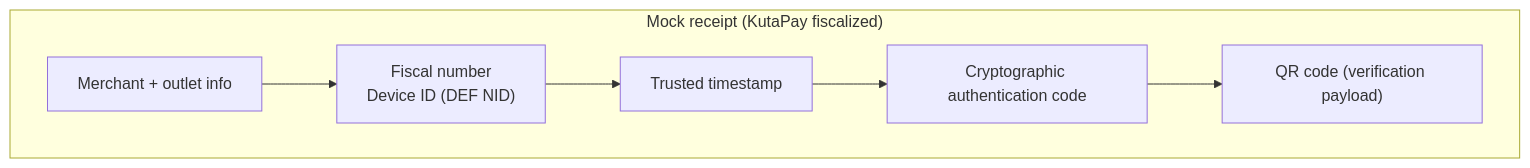
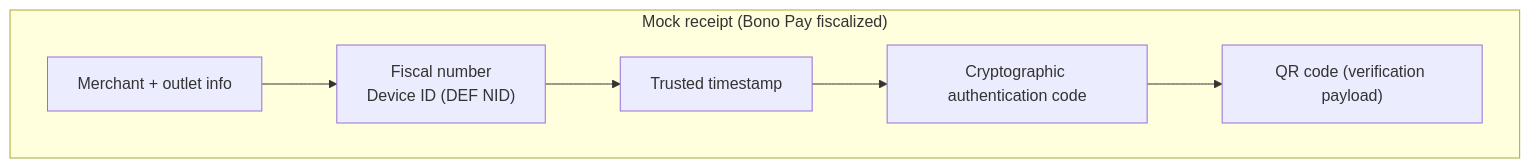
One commit to kupapay/docs changed the diagram in design/docs/fiscal/security-elements.md. Above: the diagram before and after it, drawn with Mermaid. The commit also changed other lines of this file and 21 other files, not shown here.

Commit message:
docs: rename product from KutaPay to Bono Pay across all docs and diagrams

````diff
--- a/design/docs/fiscal/security-elements.md
+++ b/design/docs/fiscal/security-elements.md
@@ -45,11 +45,11 @@
 ```mermaid
 flowchart TB
-  subgraph receipt["Mock receipt (KutaPay fiscalized)"]
+  subgraph receipt["Mock receipt (Bono Pay fiscalized)"]
     merchant[Merchant + outlet info]
     fiscal["Fiscal number\nDevice ID (DEF NID)"]
     timestamp["Trusted timestamp"]
     signature["Cryptographic authentication code"]
     qr["QR code (verification payload)"]
   end
   merchant --> fiscal --> timestamp --> signature --> qr
 ```
````
